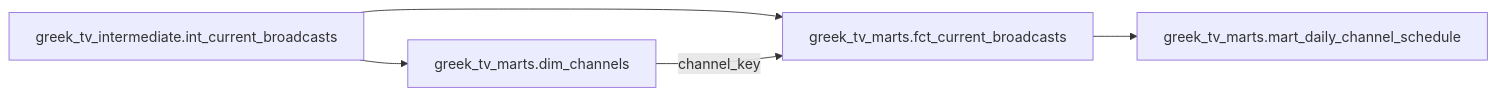
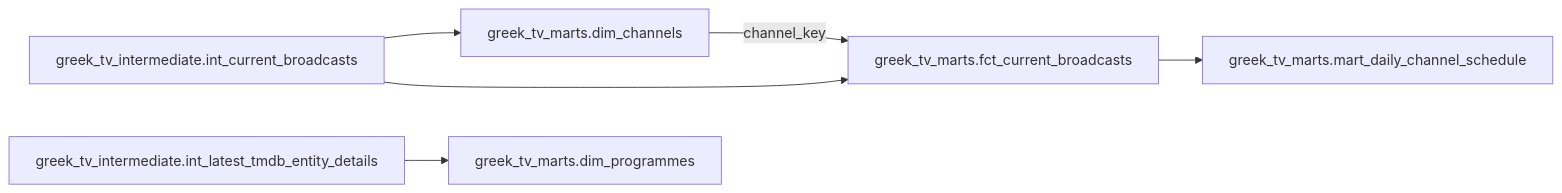
The seventh of 7 diagrams in docs/data-model.md (apantaz/greek-tv-highlights-radar), drawn with Mermaid before and after one commit. The commit also changed other lines of this file and 9 other files, not shown here.

````diff
--- a/docs/data-model.md
+++ b/docs/data-model.md
@@ -260,7 +260,8 @@
 ```mermaid
 flowchart LR
     current[greek_tv_intermediate.int_current_broadcasts] --> channels[greek_tv_marts.dim_channels]
+    latest_details[greek_tv_intermediate.int_latest_tmdb_entity_details] --> programmes[greek_tv_marts.dim_programmes]
     current --> facts[greek_tv_marts.fct_current_broadcasts]
     channels -->|channel_key| facts
     facts --> daily[greek_tv_marts.mart_daily_channel_schedule]
 ```
````
